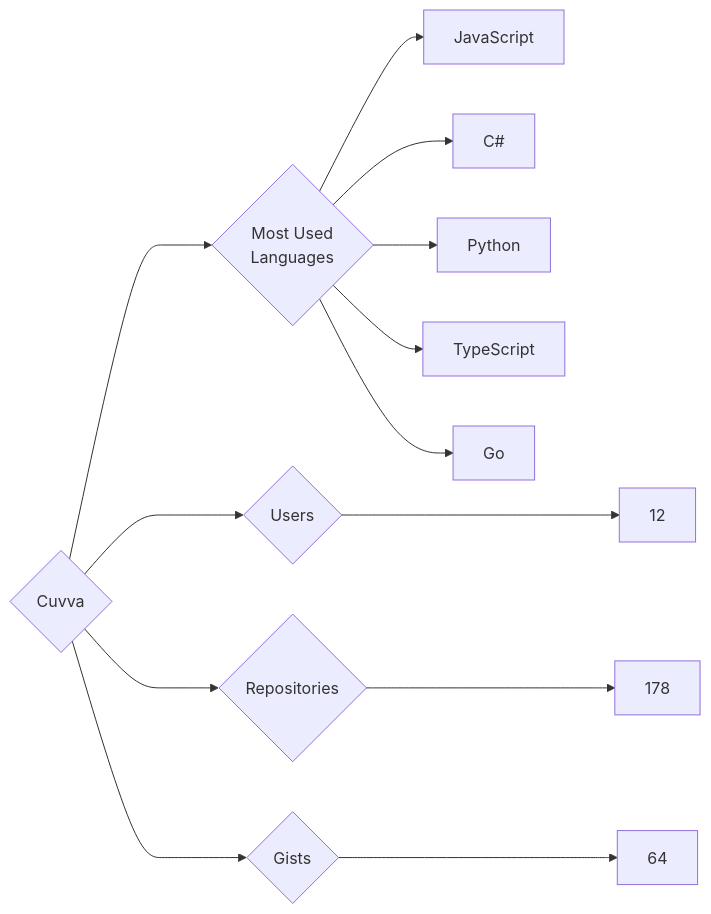
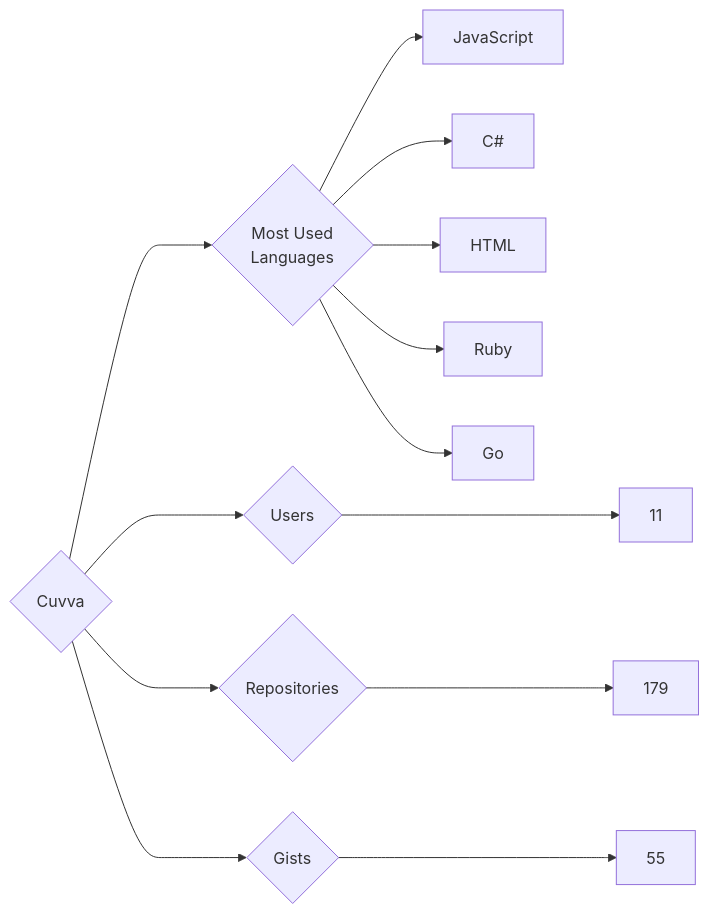
Before and after one commit to trickest/insiders: the diagram in targets/Cuvva/README.md, drawn with Mermaid. The commit also changed 895 other files, not shown here.

````diff
--- a/targets/Cuvva/README.md
+++ b/targets/Cuvva/README.md
@@ -3,13 +3,13 @@
 ```mermaid
 graph LR
 COMPANY_NAME{Cuvva}
-COMPANY_NAME ---> U{Users} ---> UN[12]
-COMPANY_NAME ---> R{Repositories} ---> RN[178]
-COMPANY_NAME ---> G{Gists} ---> GN[64]
+COMPANY_NAME ---> U{Users} ---> UN[11]
+COMPANY_NAME ---> R{Repositories} ---> RN[179]
+COMPANY_NAME ---> G{Gists} ---> GN[55]
 COMPANY_NAME ---> ML{Most Used<br>Languages}
 ML --> JavaScript[JavaScript]
 ML --> C#[C#]
-ML --> Python[Python]
-ML --> TypeScript[TypeScript]
+ML --> HTML[HTML]
+ML --> Ruby[Ruby]
 ML --> Go[Go]
 ```
````
